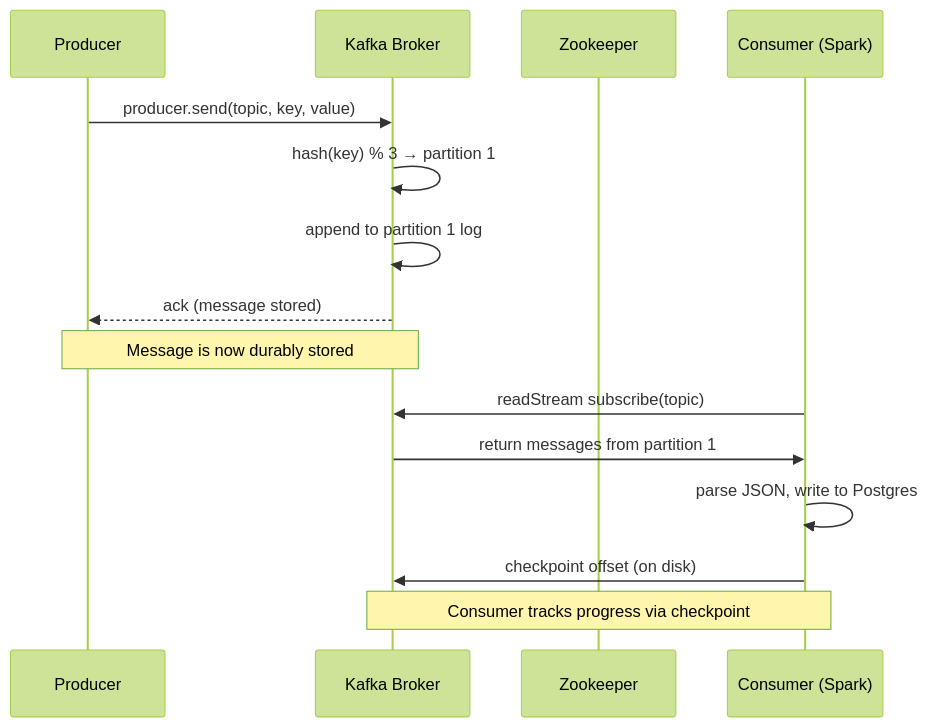
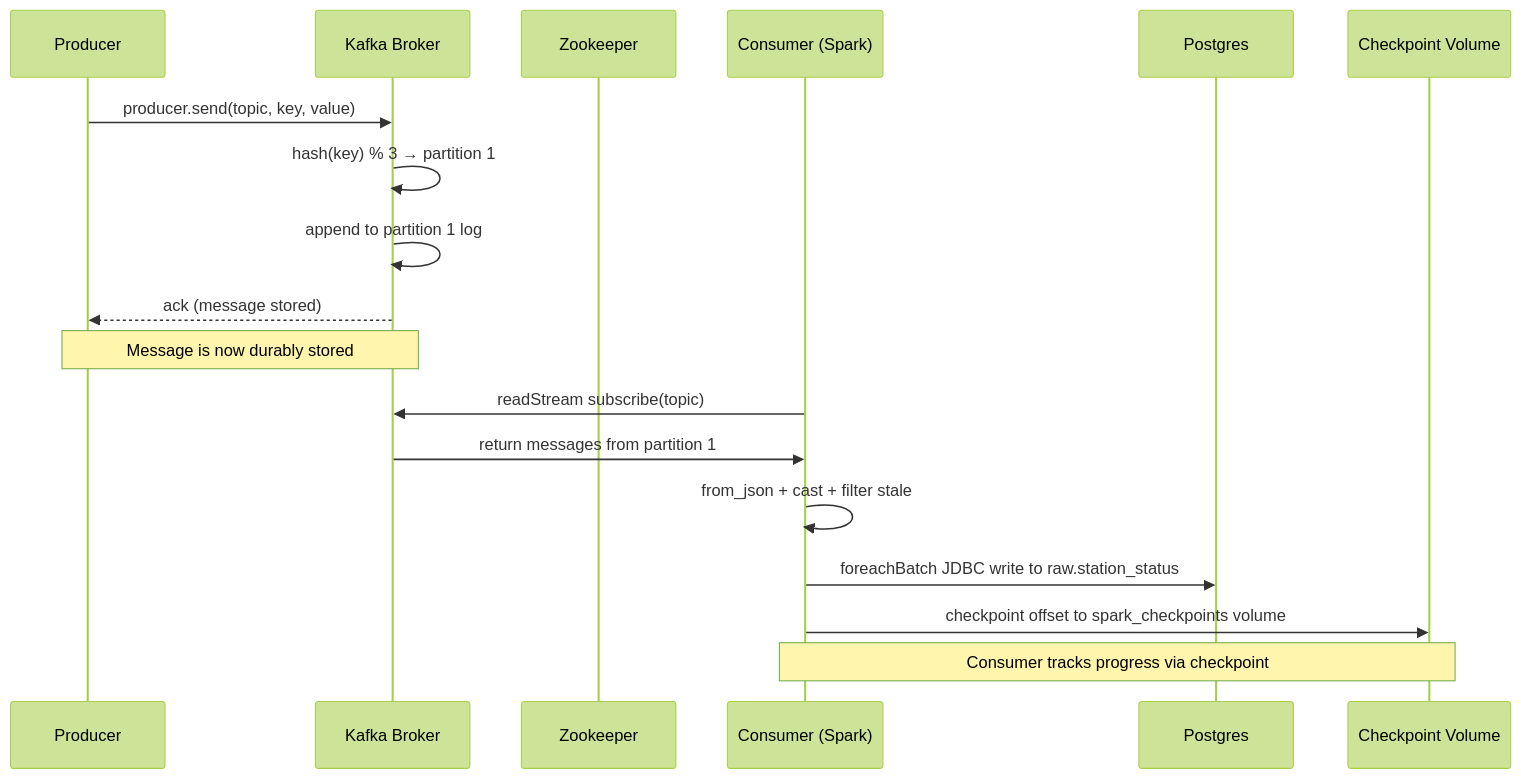
One commit to SagarMarthandan/chicago-data-pipeline changed the tenth of 10 diagrams in docs/knowledge/kafka.md. Above: the diagram before and after it, drawn with Mermaid (forest theme). The commit also changed other lines of this file and 11 other files, not shown here.

````diff
--- a/docs/knowledge/kafka.md
+++ b/docs/knowledge/kafka.md
@@ -301,19 +333,22 @@
 ```mermaid
 sequenceDiagram
     participant P as Producer
     participant K as Kafka Broker
     participant ZK as Zookeeper
     participant C as Consumer (Spark)
+    participant PG as Postgres
+    participant CKPT as Checkpoint Volume
 
     P->>K: producer.send(topic, key, value)
     K->>K: hash(key) % 3 → partition 1
     K->>K: append to partition 1 log
     K-->>P: ack (message stored)
     Note over P,K: Message is now durably stored
 
     C->>K: readStream subscribe(topic)
     K->>C: return messages from partition 1
-    C->>C: parse JSON, write to Postgres
-    C->>K: checkpoint offset (on disk)
-    Note over C,K: Consumer tracks progress via checkpoint
+    C->>C: from_json + cast + filter stale
+    C->>PG: foreachBatch JDBC write to raw.station_status
+    C->>CKPT: checkpoint offset to spark_checkpoints volume
+    Note over C,CKPT: Consumer tracks progress via checkpoint
 ```
````
